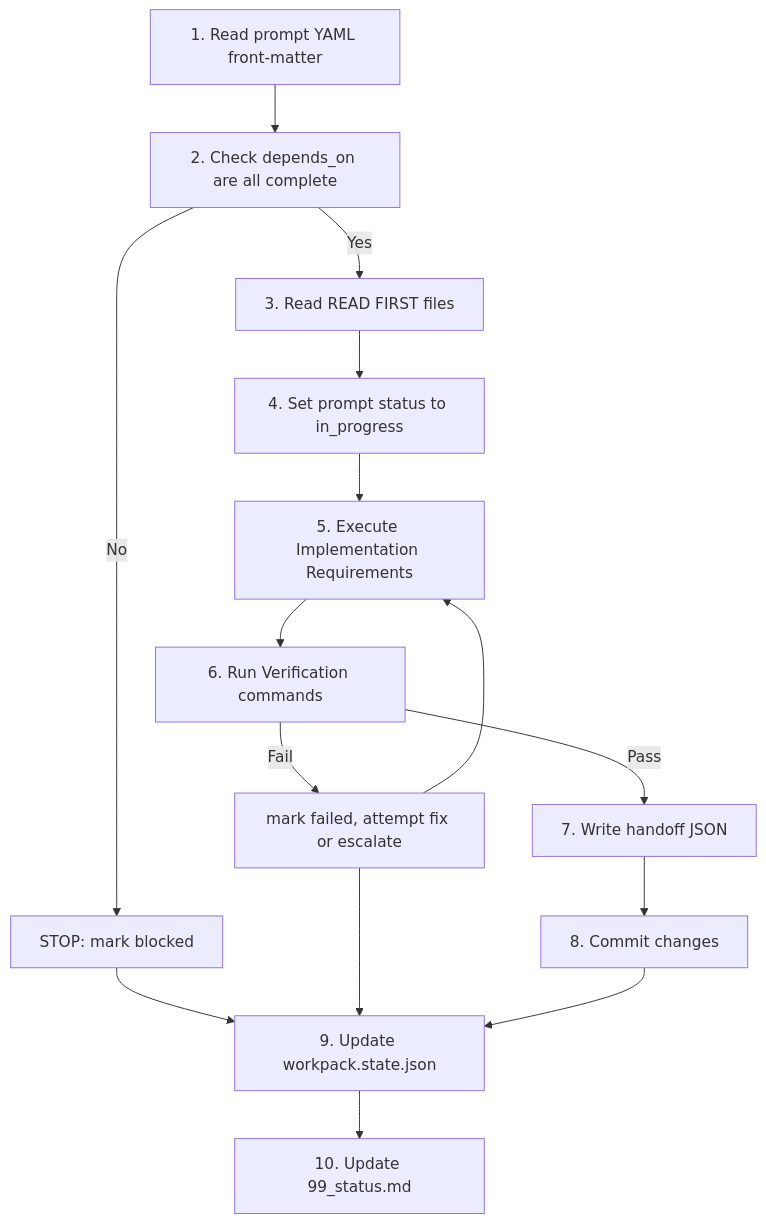
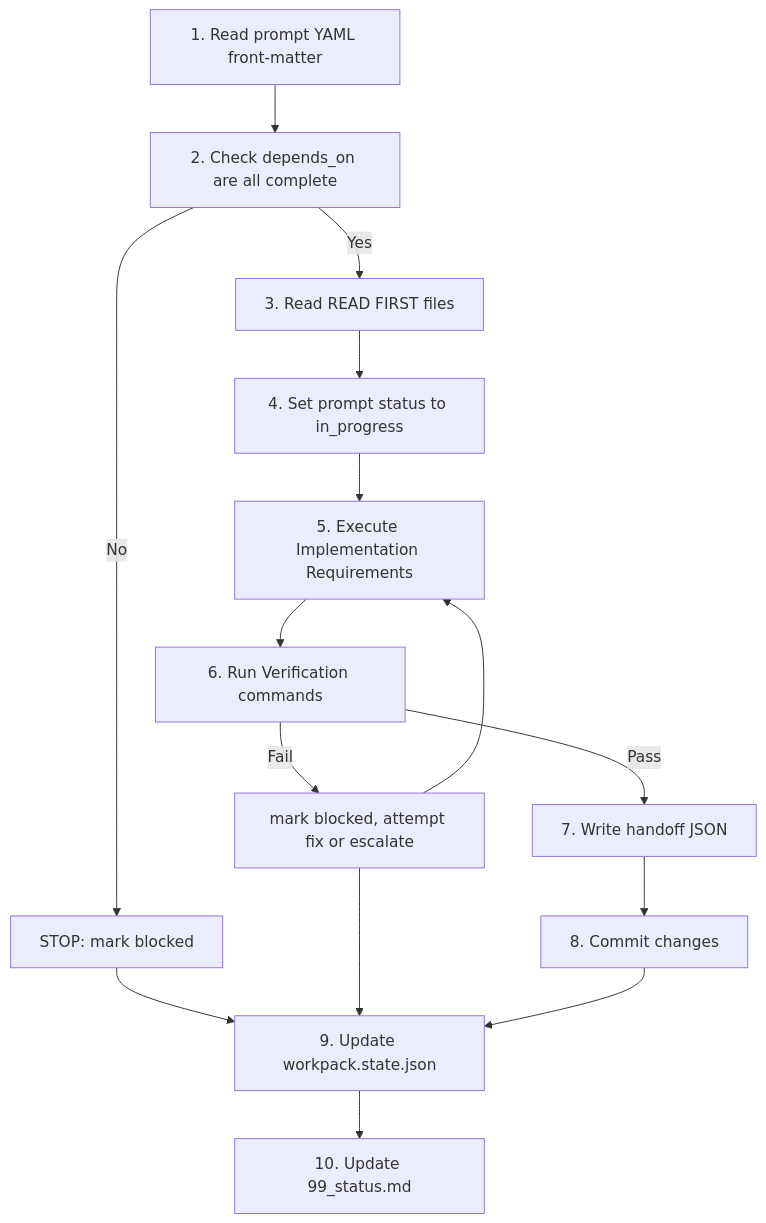
One commit to daurmax/WorkpackManager changed the third of 3 diagrams in workpacks/AGENT_STATE_MACHINE.md. Above: the diagram before and after it, drawn with Mermaid. The commit also changed other lines of this file and 1 other file, not shown here.

First line of the commit message:
fix(protocol): align state machine diagrams with schema and spec

````diff
--- a/workpacks/AGENT_STATE_MACHINE.md
+++ b/workpacks/AGENT_STATE_MACHINE.md
@@ -37,19 +40,19 @@
 ```mermaid
 flowchart TD
     S1["1. Read prompt YAML front-matter"] --> S2["2. Check depends_on are all complete"]
     S2 -->|No| B1["STOP: mark blocked"]
     B1 --> S9["9. Update workpack.state.json"]
     S9 --> S10["10. Update 99_status.md"]
 
     S2 -->|Yes| S3["3. Read READ FIRST files"]
     S3 --> S4["4. Set prompt status to in_progress"]
     S4 --> S5["5. Execute Implementation Requirements"]
     S5 --> S6["6. Run Verification commands"]
-    S6 -->|Fail| B2["mark failed, attempt fix or escalate"]
+    S6 -->|Fail| B2["mark blocked, attempt fix or escalate"]
     B2 --> S5
     B2 --> S9
 
     S6 -->|Pass| S7["7. Write handoff JSON"]
     S7 --> S8["8. Commit changes"]
     S8 --> S9
 ```
````
